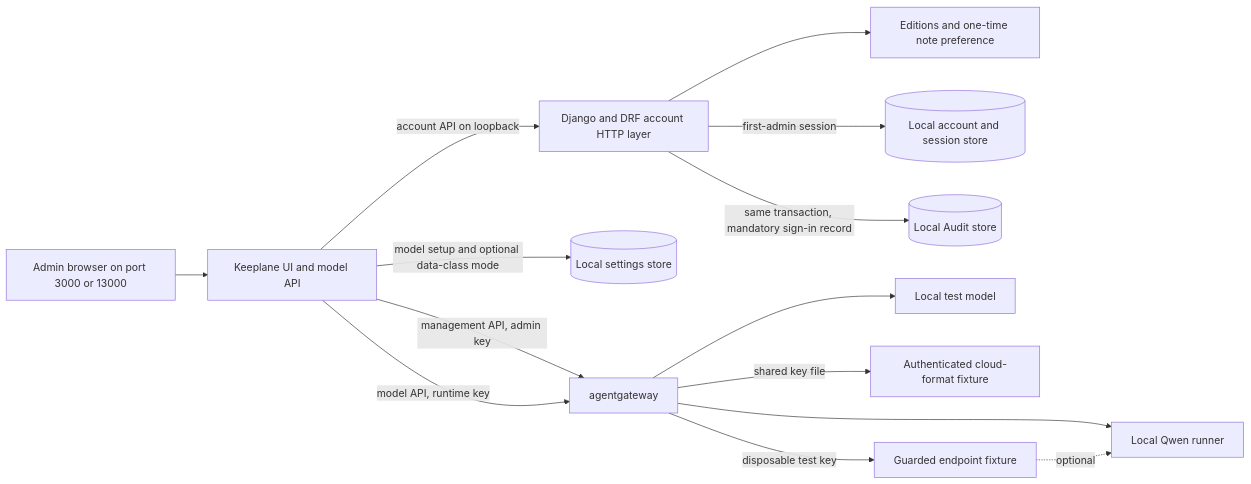
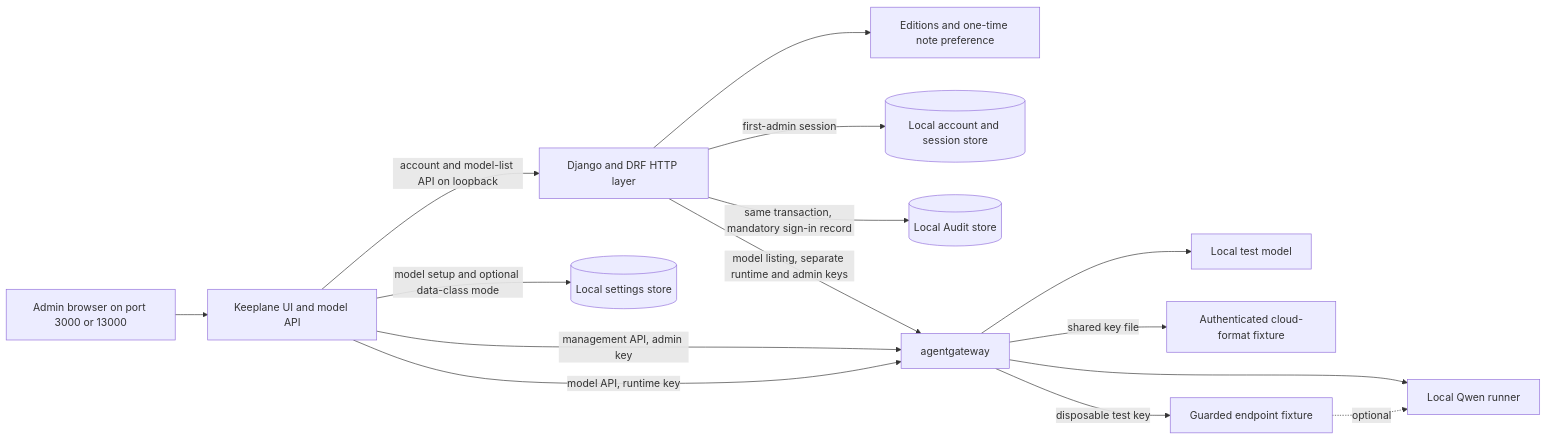
One commit to OsamaFelFel/keeplane changed the diagram in docs/architecture/local-preview.md. Above: the diagram before and after it, drawn with Mermaid. The commit also changed other lines of this file and 13 other files, not shown here.

First line of the commit message:
feat(api): serve protected model listing through Django

````diff
--- a/docs/architecture/local-preview.md
+++ b/docs/architecture/local-preview.md
@@ -7,16 +7,17 @@
 ```mermaid
 flowchart LR
   Browser[Admin browser on port 3000 or 13000] --> App[Keeplane UI and model API]
-  App -->|account API on loopback| Django[Django and DRF account HTTP layer]
+  App -->|account and model-list API on loopback| Django[Django and DRF HTTP layer]
   Django --> Editions[Editions and one-time note preference]
   Django -->|first-admin session| Accounts[(Local account and session store)]
   Django -->|same transaction, mandatory sign-in record| Audit[(Local Audit store)]
+  Django -->|model listing, separate runtime and admin keys| Gateway[agentgateway]
   App -->|model setup and optional data-class mode| Settings[(Local settings store)]
   App -->|management API, admin key| Gateway[agentgateway]
   App -->|model API, runtime key| Gateway
   Gateway --> Fixture[Local test model]
   Gateway --> Qwen[Local Qwen runner]
   Gateway -->|shared key file| Cloud[Authenticated cloud-format fixture]
   Gateway -->|disposable test key| Guarded[Guarded endpoint fixture]
   Guarded -. optional .-> Qwen
 ```
````
